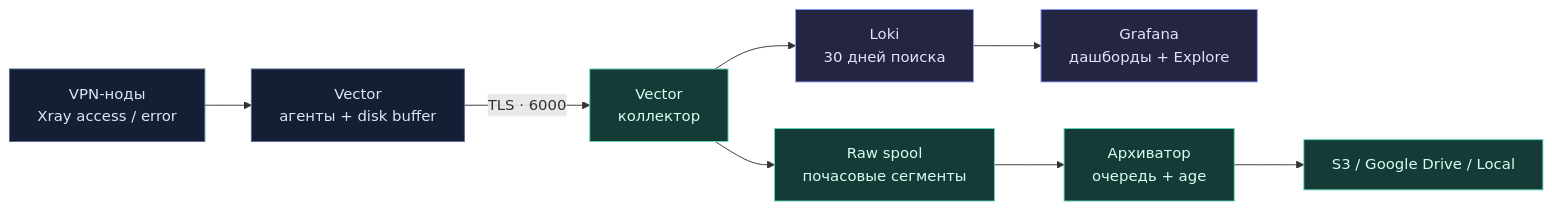
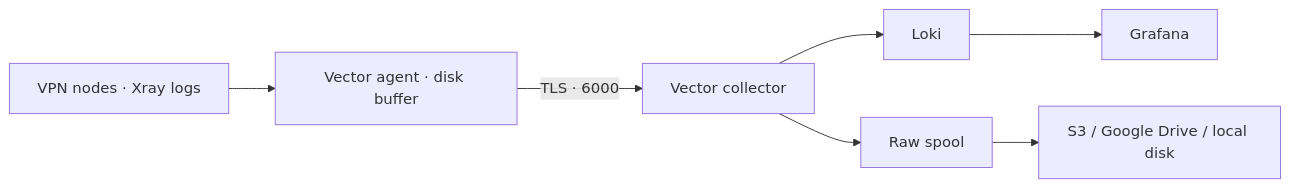
Before and after one commit to evi1argument/remnawave-log-service: the diagram in README.md, drawn with Mermaid. The commit also changed other lines of this file and 33 other files, not shown here.

````diff
--- a/README.md
+++ b/README.md
@@ -45,17 +33,7 @@
 ```mermaid
 flowchart LR
-    N["VPN-ноды<br/>Xray access / error"] --> A["Vector<br/>агенты + disk buffer"]
-    A -->|"TLS · 6000"| C["Vector<br/>коллектор"]
-    C --> L["Loki<br/>30 дней поиска"]
-    L --> G["Grafana<br/>дашборды + Explore"]
-    C --> S["Raw spool<br/>почасовые сегменты"]
-    S --> U["Архиватор<br/>очередь + age"]
-    U --> B["S3 / Google Drive / Local"]
-
-    classDef source fill:#141e35,stroke:#56688f,color:#dce6f7
-    classDef collect fill:#163a36,stroke:#60d9bf,color:#d5fff4
-    classDef search fill:#242443,stroke:#8b9cff,color:#e0e4ff
-    class N,A source
-    class C,S,U,B collect
-    class L,G search
+    node["VPN nodes · Xray logs"] --> agent["Vector agent · disk buffer"]
+    agent -->|"TLS · 6000"| collector["Vector collector"]
+    collector --> loki["Loki"] --> grafana["Grafana"]
+    collector --> spool["Raw spool"] --> archive["S3 / Google Drive / local disk"]
 ```
````
